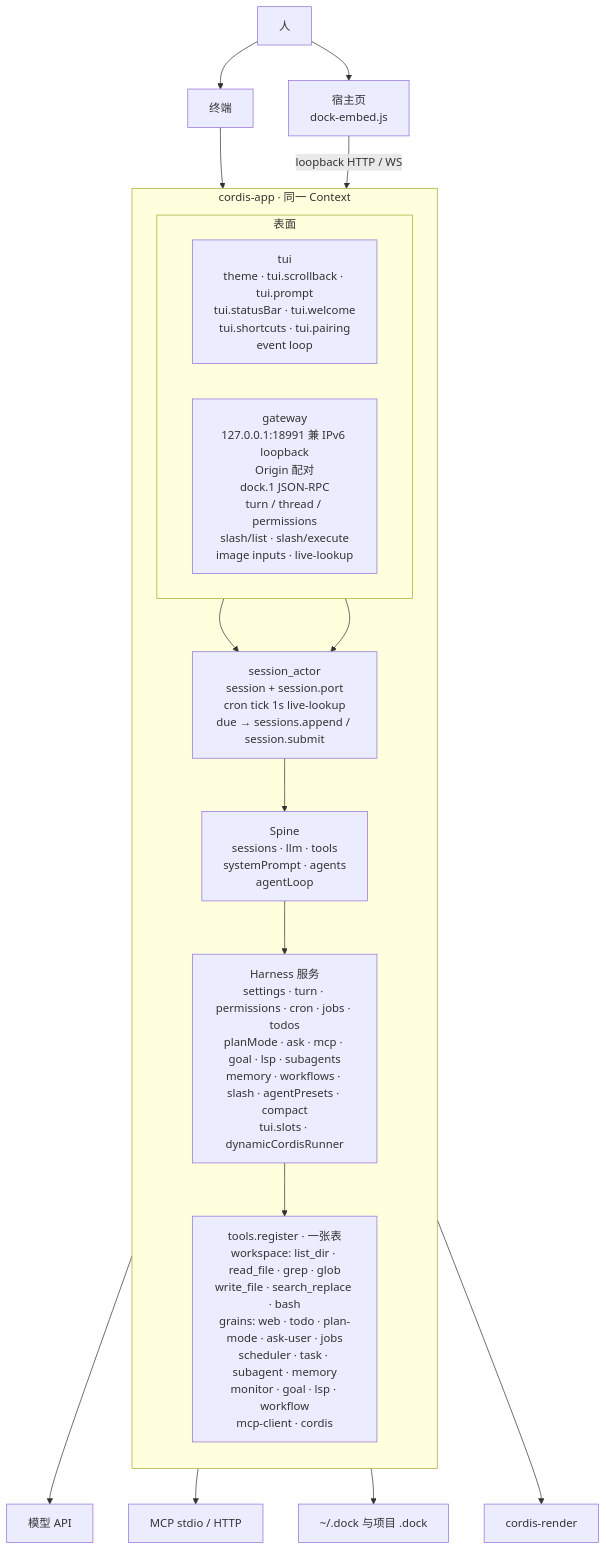
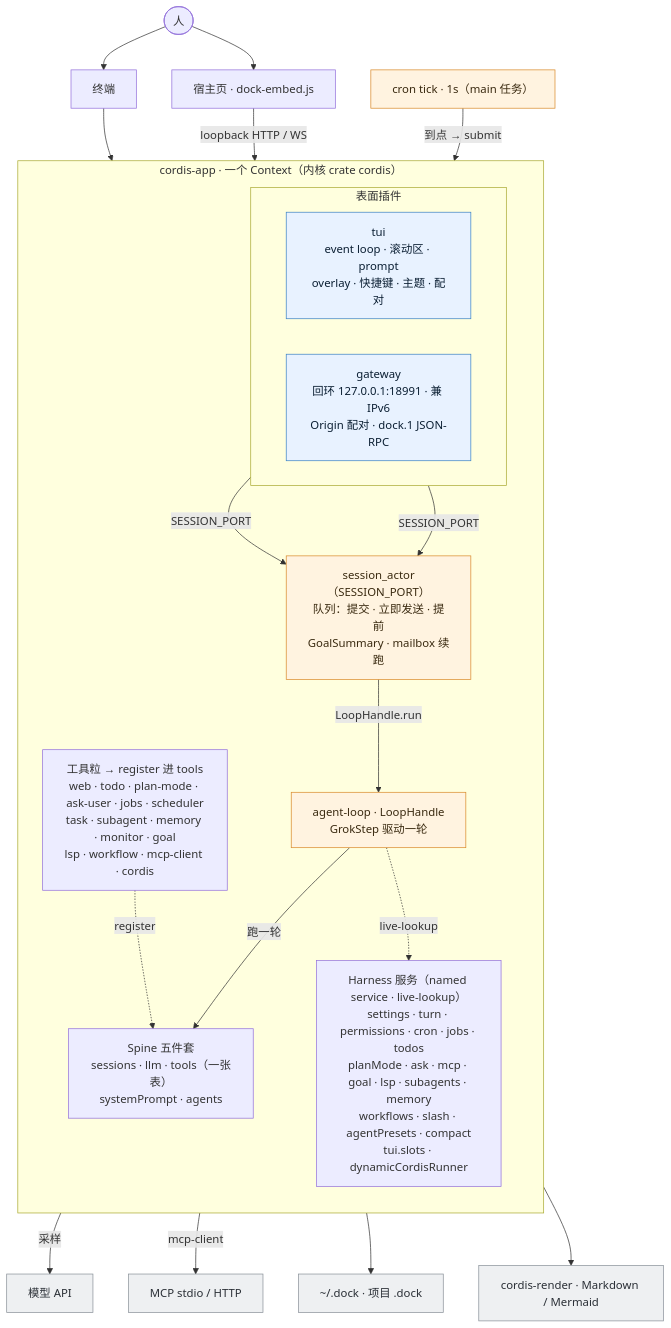
One commit to P0lar1ght/dock changed the first of 2 diagrams in README.md. Above: the diagram before and after it, drawn with Mermaid. The commit also changed other lines of this file, not shown here.

Commit message:
把 README 架构图改成按控制流分层的 Mermaid。
表面、session_actor、agent-loop 和 Spine 的实线关系画清楚，register 与 live-lookup 用虚线；采样图标出 pre-step 每轮一次、工具轮走 execute。

````diff
--- a/README.md
+++ b/README.md
@@ -80,43 +80,53 @@
 ```mermaid
 flowchart TB
-  person["人"]
+  person(["人"])
   term["终端"]
-  host["宿主页<br/>dock-embed.js"]
-  person --> term
-  person --> host
+  host["宿主页 · dock-embed.js"]
 
-  subgraph app["cordis-app · 同一 Context"]
+  subgraph app["cordis-app · 一个 Context（内核 crate cordis）"]
     direction TB
 
-    subgraph surfaces["表面"]
+    subgraph surf["表面插件"]
       direction LR
-      tui["tui<br/>theme · tui.scrollback · tui.prompt<br/>tui.statusBar · tui.welcome<br/>tui.shortcuts · tui.pairing<br/>event loop"]
-      gw["gateway<br/>127.0.0.1:18991 兼 IPv6 loopback<br/>Origin 配对<br/>dock.1 JSON-RPC<br/>turn / thread / permissions<br/>slash/list · slash/execute<br/>image inputs · live-lookup"]
+      tui["tui<br/>event loop · 滚动区 · prompt<br/>overlay · 快捷键 · 主题 · 配对"]
+      gw["gateway<br/>回环 127.0.0.1:18991 · 兼 IPv6<br/>Origin 配对 · dock.1 JSON-RPC"]
     end
 
-    actor["session_actor<br/>session + session.port<br/>cron tick 1s live-lookup<br/>due → sessions.append / session.submit"]
+    actor["session_actor（SESSION_PORT）<br/>队列：提交 · 立即发送 · 提前<br/>GoalSummary · mailbox 续跑"]
+    aloop["agent-loop · LoopHandle<br/>GrokStep 驱动一轮"]
 
-    spine["Spine<br/>sessions · llm · tools<br/>systemPrompt · agents<br/>agentLoop"]
+    spine["Spine 五件套<br/>sessions · llm · tools（一张表）<br/>systemPrompt · agents"]
 
-    svc["Harness 服务<br/>settings · turn · permissions · cron · jobs · todos<br/>planMode · ask · mcp · goal · lsp · subagents<br/>memory · workflows · slash · agentPresets · compact<br/>tui.slots · dynamicCordisRunner"]
+    grains["工具粒 → register 进 tools<br/>web · todo · plan-mode · ask-user · jobs · scheduler<br/>task · subagent · memory · monitor · goal<br/>lsp · workflow · mcp-client · cordis"]
 
-    grains["tools.register · 一张表<br/>workspace: list_dir · read_file · grep · glob<br/>write_file · search_replace · bash<br/>grains: web · todo · plan-mode · ask-user · jobs<br/>scheduler · task · subagent · memory<br/>monitor · goal · lsp · workflow<br/>mcp-client · cordis"]
-
-    tui --> actor
-    gw --> actor
-    actor --> spine --> svc --> grains
+    svc["Harness 服务（named service · live-lookup）<br/>settings · turn · permissions · cron · jobs · todos<br/>planMode · ask · mcp · goal · lsp · subagents · memory<br/>workflows · slash · agentPresets · compact<br/>tui.slots · dynamicCordisRunner"]
   end
 
-  term --> tui
-  host -->|"loopback HTTP / WS"| gw
+  person --> term --> tui
+  person --> host -->|"loopback HTTP / WS"| gw
+
+  tui -->|"SESSION_PORT"| actor
+  gw -->|"SESSION_PORT"| actor
+  tick["cron tick · 1s（main 任务）"] -->|"到点 → submit"| actor
+  actor -->|"LoopHandle.run"| aloop
+  aloop -->|"跑一轮"| spine
+  aloop -.->|"live-lookup"| svc
+  grains -.->|"register"| spine
 
   api["模型 API"]
-  mcpOut["MCP stdio / HTTP"]
-  disk["~/.dock 与项目 .dock"]
-  md["cordis-render"]
+  mcp["MCP stdio / HTTP"]
+  disk["~/.dock · 项目 .dock"]
+  render["cordis-render · Markdown / Mermaid"]
 
-  spine --> api
-  grains --> mcpOut
+  spine -->|"采样"| api
+  grains -->|"mcp-client"| mcp
   svc --> disk
-  tui --> md
+  tui --> render
+
+  classDef surface fill:#e8f2ff,stroke:#3b82c4,color:#0b1f33;
+  classDef core fill:#fff3e0,stroke:#d98a2b,color:#3a2a10;
+  classDef ext fill:#eef0f2,stroke:#8a9199,color:#2a2f36;
+  class tui,gw surface;
+  class tick,actor,aloop core;
+  class api,mcp,disk,render ext;
 ```
````
